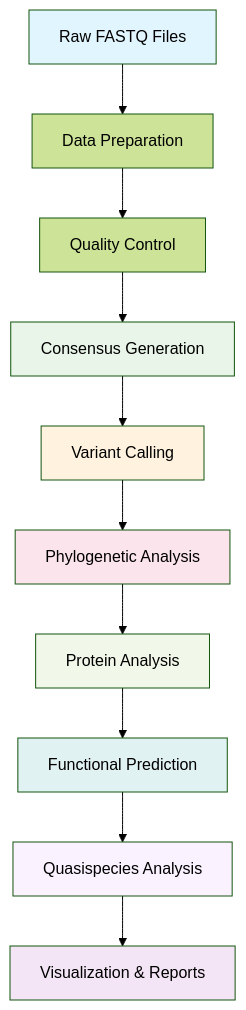
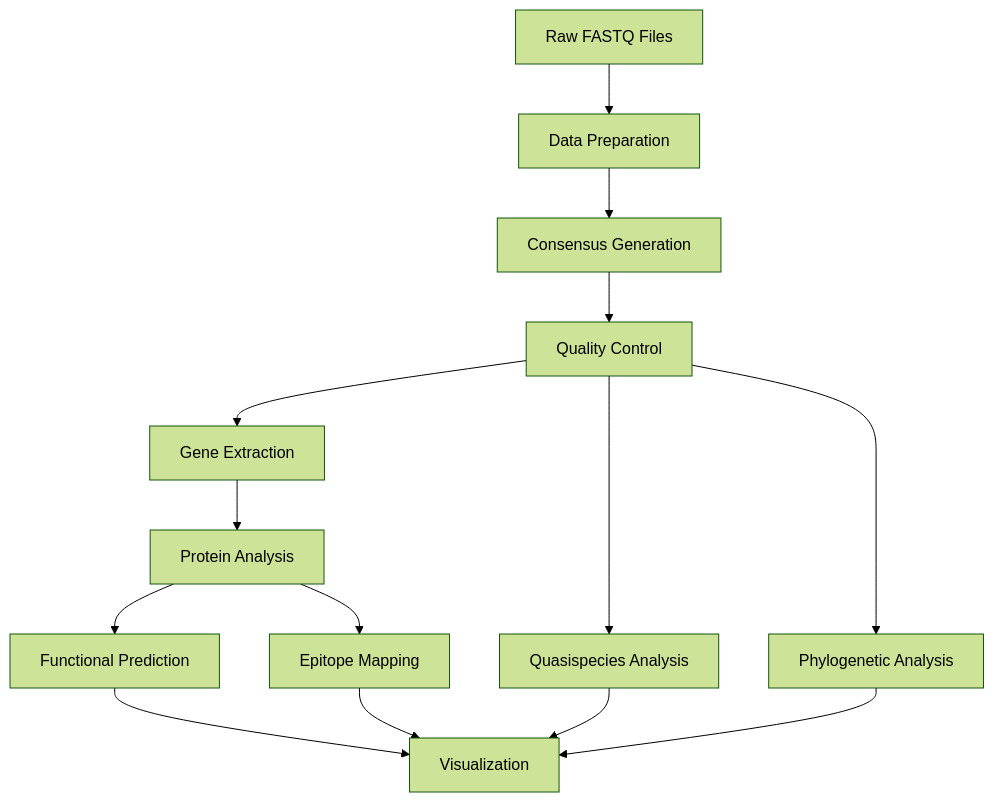
One commit to BelaProfile/Genotype-Specific-Insights-of-HBV changed the diagram in README.md. Above: the diagram before and after it, drawn with Mermaid (forest theme). The commit also changed other lines of this file, not shown here.

````diff
--- a/README.md
+++ b/README.md
@@ -95,21 +95,16 @@
 ```mermaid
 graph TD
     A[Raw FASTQ Files] --> B[Data Preparation]
-    B --> C[Quality Control]
-    C --> D[Consensus Generation]
-    D --> E[Variant Calling]
-    E --> F[Phylogenetic Analysis]
+    B --> C[Consensus Generation]
+    C --> D[Quality Control]
+    D --> E[Phylogenetic Analysis]
+    D --> F[Gene Extraction]
     F --> G[Protein Analysis]
     G --> H[Functional Prediction]
-    H --> I[Quasispecies Analysis]
-    I --> J[Visualization & Reports]
-    
-    style A fill:#e1f5fe
-    style J fill:#f3e5f5
-    style D fill:#e8f5e8
-    style E fill:#fff3e0
-    style F fill:#fce4ec
-    style G fill:#f1f8e9
-    style H fill:#e0f2f1
-    style I fill:#faf2ff
+    G --> I[Epitope Mapping]
+    D --> J[Quasispecies Analysis]
+    H --> K[Visualization]
+    I --> K
+    J --> K
+    E --> K
 ```
````
